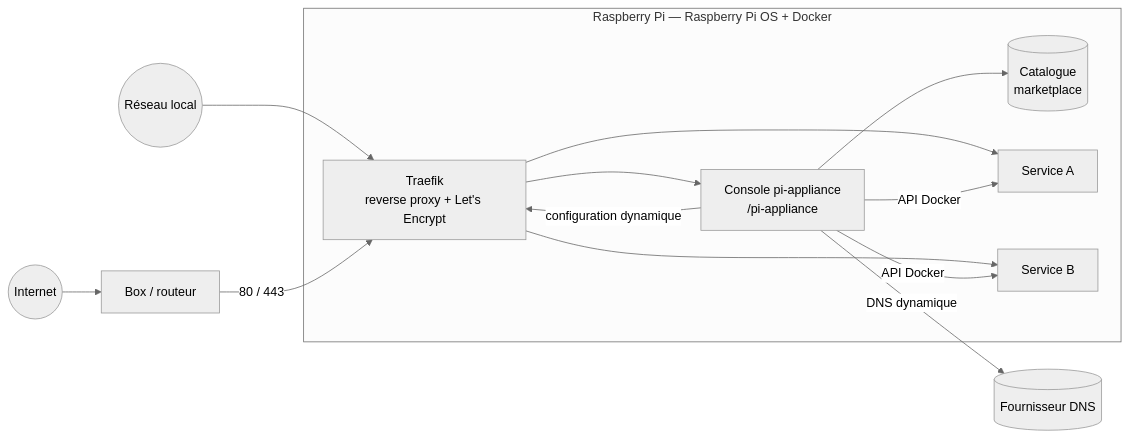
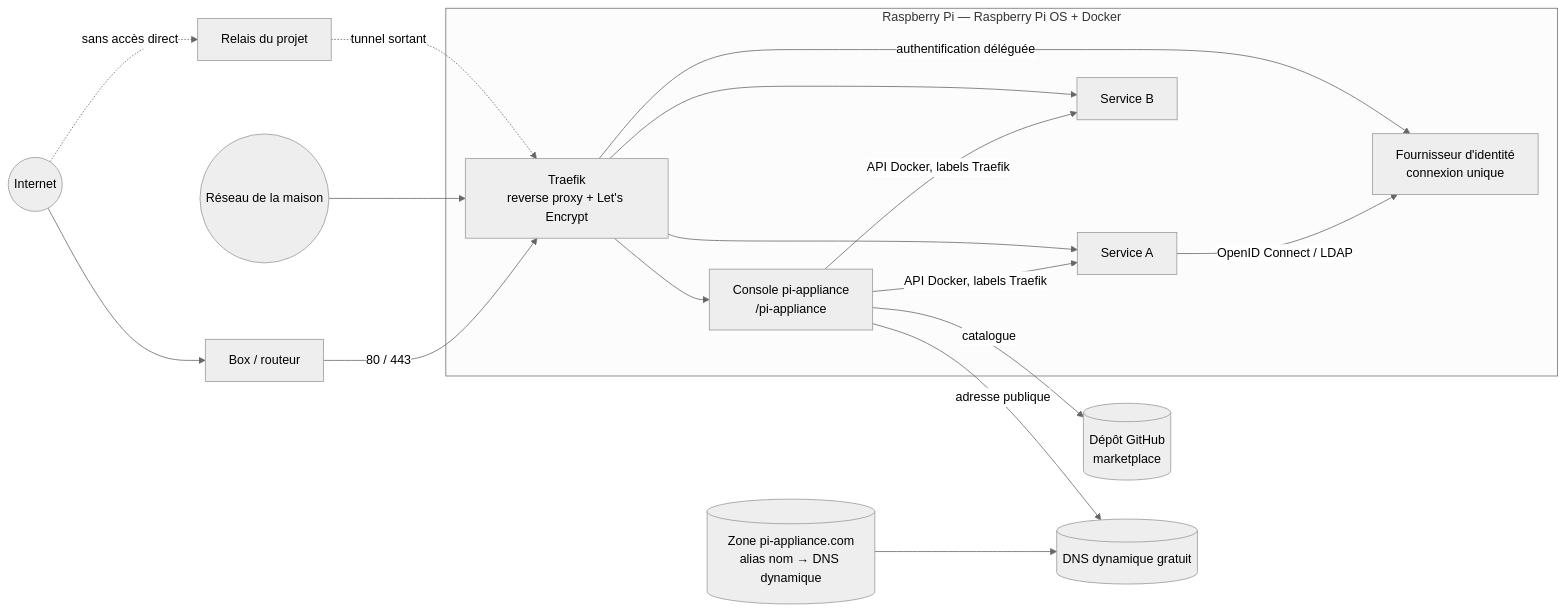
The diagram in docs/specification.md (gmoulard/pi-appliance), drawn with Mermaid (neutral theme) before and after one commit. The commit also changed other lines of this file and 3 other files, not shown here.

````diff
--- a/docs/specification.md
+++ b/docs/specification.md
@@ -125,21 +197,25 @@
 ```mermaid
 flowchart LR
     Internet((Internet)) --> Box[Box / routeur]
-    LAN((Réseau local)) --> Traefik
+    Internet -. "sans accès direct" .-> Relais[Relais du projet]
+    Relais -. "tunnel sortant" .-> Traefik
+    LAN((Réseau de la maison)) --> Traefik
     Box -- "80 / 443" --> Traefik
     subgraph Pi["Raspberry Pi — Raspberry Pi OS + Docker"]
         Traefik[Traefik<br/>reverse proxy + Let's Encrypt]
         Console[Console pi-appliance<br/>/pi-appliance]
-        Market[(Catalogue<br/>marketplace)]
+        IdP[Fournisseur d'identité<br/>connexion unique]
         S1[Service A]
         S2[Service B]
         Traefik --> Console
         Traefik --> S1
         Traefik --> S2
-        Console -- "API Docker" --> S1
-        Console -- "API Docker" --> S2
-        Console -- "configuration dynamique" --> Traefik
-        Console --> Market
+        Traefik -- "authentification déléguée" --> IdP
+        S1 -- "OpenID Connect / LDAP" --> IdP
+        Console -- "API Docker, labels Traefik" --> S1
+        Console -- "API Docker, labels Traefik" --> S2
     end
-    Console -- "DNS dynamique" --> DNS[(Fournisseur DNS)]
+    Console -- "catalogue" --> Catalogue[(Dépôt GitHub<br/>marketplace)]
+    Console -- "adresse publique" --> DDNS[(DNS dynamique gratuit)]
+    Alias[(Zone pi-appliance.com<br/>alias nom → DNS dynamique)] --> DDNS
 ```
````
